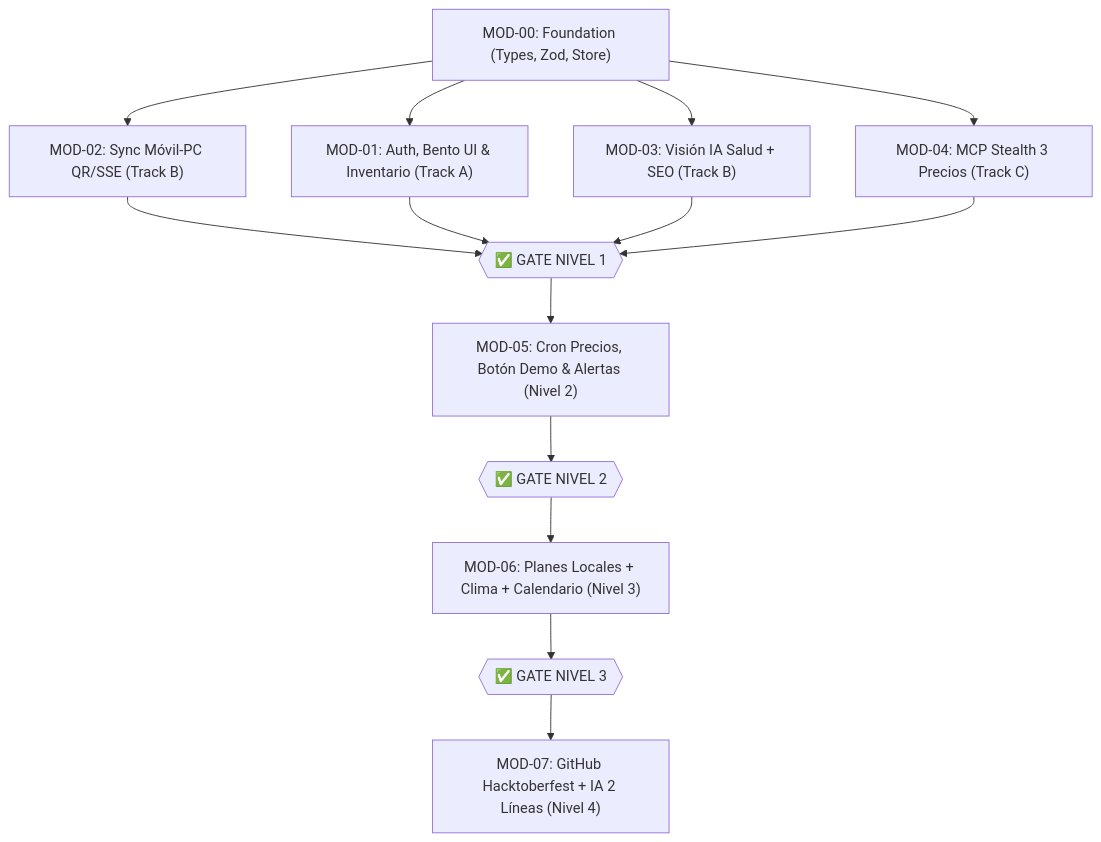
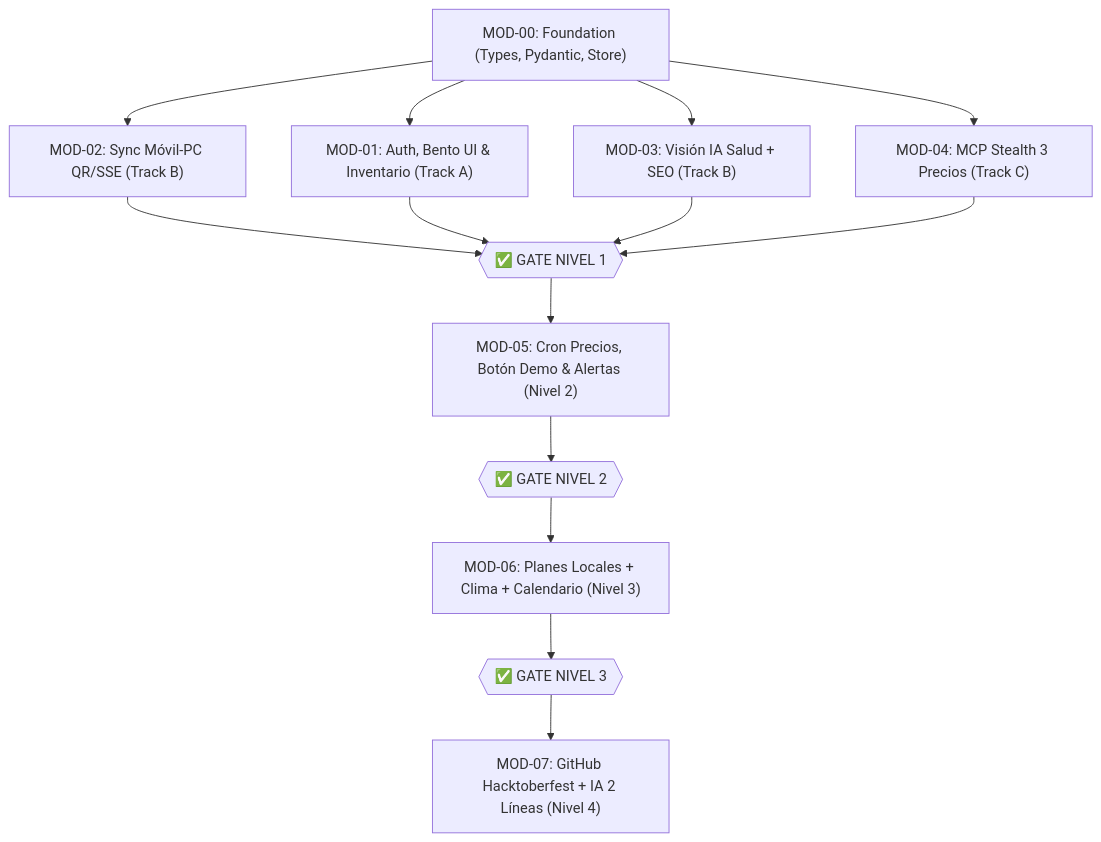
One commit to adrianbndev/HacktoberFest2026 changed the diagram in .agent/modules/INDEX-control-tower.md. Above: the diagram before and after it, drawn with Mermaid. The commit also changed other lines of this file and 15 other files, not shown here.

First line of the commit message:
docs(L1-trackC): unifica specs con el stack Python (FastAPI + Pydantic)

````diff
--- a/.agent/modules/INDEX-control-tower.md
+++ b/.agent/modules/INDEX-control-tower.md
@@ -31,20 +31,20 @@
 ```mermaid
 flowchart TD
-    MOD00["MOD-00: Foundation (Types, Zod, Store)"] --> MOD01["MOD-01: Auth, Bento UI & Inventario (Track A)"]
+    MOD00["MOD-00: Foundation (Types, Pydantic, Store)"] --> MOD01["MOD-01: Auth, Bento UI & Inventario (Track A)"]
     MOD00 --> MOD02["MOD-02: Sync Móvil-PC QR/SSE (Track B)"]
     MOD00 --> MOD03["MOD-03: Visión IA Salud + SEO (Track B)"]
     MOD00 --> MOD04["MOD-04: MCP Stealth 3 Precios (Track C)"]
 
     MOD02 --> GATE1{{"✅ GATE NIVEL 1"}}
     MOD01 --> GATE1
     MOD03 --> GATE1
     MOD04 --> GATE1
 
     GATE1 --> MOD05["MOD-05: Cron Precios, Botón Demo & Alertas (Nivel 2)"]
     MOD05 --> GATE2{{"✅ GATE NIVEL 2"}}
 
     GATE2 --> MOD06["MOD-06: Planes Locales + Clima + Calendario (Nivel 3)"]
     MOD06 --> GATE3{{"✅ GATE NIVEL 3"}}
 
     GATE3 --> MOD07["MOD-07: GitHub Hacktoberfest + IA 2 Líneas (Nivel 4)"]
 ```
````
